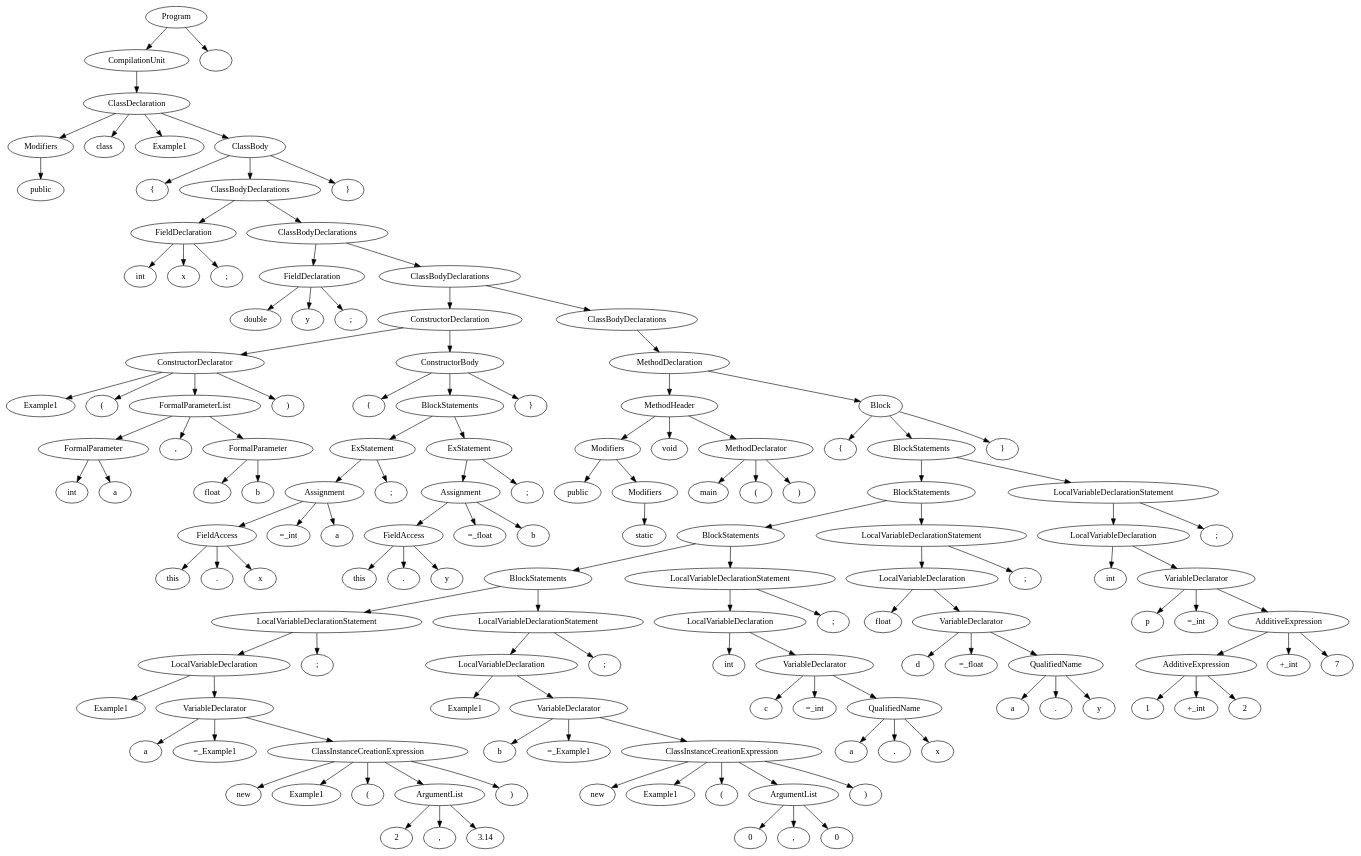
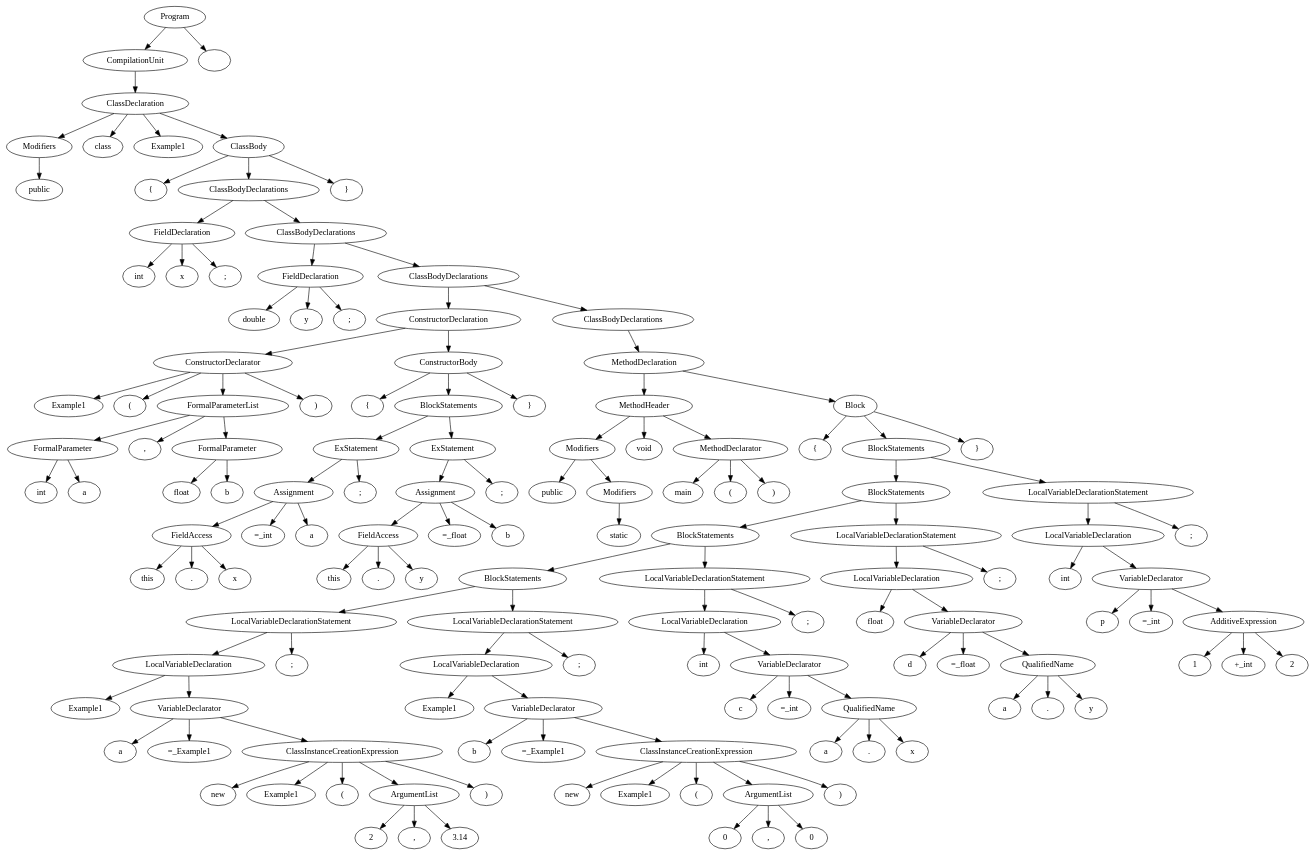
Before and after one commit to sandeepb20/Milestone: the diagram in cs335_project_200530/src/out.dot, drawn with Graphviz. The commit also changed 7 other files, not shown here.

```diff
--- a/cs335_project_200530/src/out.dot
+++ b/cs335_project_200530/src/out.dot
@@ -231,59 +231,53 @@
 n123->n122;
 n123->n121;
 n123->n120;
-n124 [label="+_int"]
-n125 [label="7"]
-n126 [label="AdditiveExpression"]
-n126->n125;
-n126->n124;
-n126->n123;
-n127 [label="VariableDeclarator"]
+n124 [label="VariableDeclarator"]
+n124->n123;
+n124->n119;
+n124->n118;
+n125 [label="LocalVariableDeclaration"]
+n125->n124;
+n125->n117;
+n126 [label=";"]
+n127 [label="LocalVariableDeclarationStatement"]
 n127->n126;
-n127->n119;
-n127->n118;
-n128 [label="LocalVariableDeclaration"]
+n127->n125;
+n128 [label="BlockStatements"]
 n128->n127;
-n128->n117;
-n129 [label=";"]
-n130 [label="LocalVariableDeclarationStatement"]
+n128->n116;
+n129 [label="}"]
+n130 [label="Block"]
 n130->n129;
 n130->n128;
-n131 [label="BlockStatements"]
+n130->n59;
+n131 [label="MethodDeclaration"]
 n131->n130;
-n131->n116;
-n132 [label="}"]
-n133 [label="Block"]
+n131->n58;
+n132 [label="ClassBodyDeclarations"]
+n132->n131;
+n133 [label="ClassBodyDeclarations"]
 n133->n132;
-n133->n131;
-n133->n59;
-n134 [label="MethodDeclaration"]
+n133->n48;
+n134 [label="ClassBodyDeclarations"]
 n134->n133;
-n134->n58;
+n134->n13;
 n135 [label="ClassBodyDeclarations"]
 n135->n134;
-n136 [label="ClassBodyDeclarations"]
-n136->n135;
-n136->n48;
-n137 [label="ClassBodyDeclarations"]
+n135->n9;
+n136 [label="}"]
+n137 [label="ClassBody"]
 n137->n136;
-n137->n13;
-n138 [label="ClassBodyDeclarations"]
+n137->n135;
+n137->n5;
+n138 [label="ClassDeclaration"]
 n138->n137;
-n138->n9;
-n139 [label="}"]
-n140 [label="ClassBody"]
+n138->n4;
+n138->n3;
+n138->n2;
+n139 [label="CompilationUnit"]
+n139->n138;
+n140 [label="Program"]
+n140->n141;
 n140->n139;
-n140->n138;
-n140->n5;
-n141 [label="ClassDeclaration"]
-n141->n140;
-n141->n4;
-n141->n3;
-n141->n2;
-n142 [label="CompilationUnit"]
-n142->n141;
-n143 [label="Program"]
-n143->n144;
-n143->n142;
-n144 [label=""]
+n141 [label=""]
 }
```
